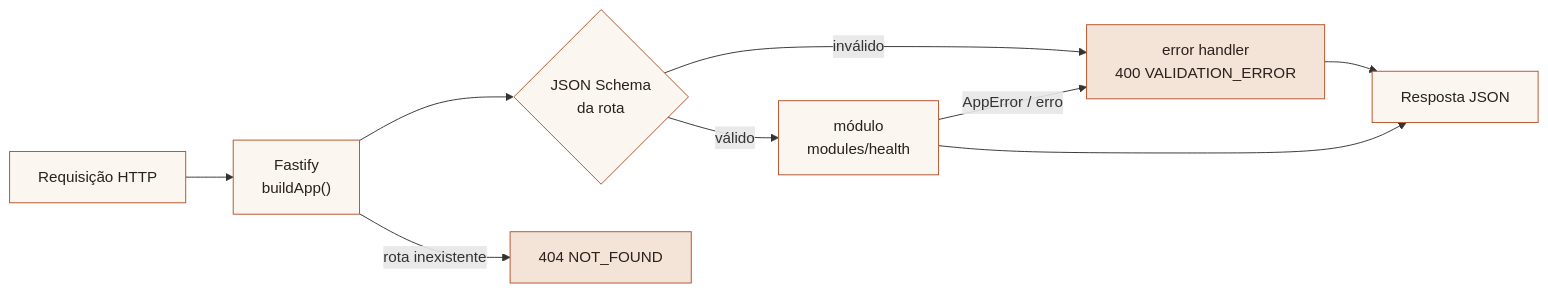
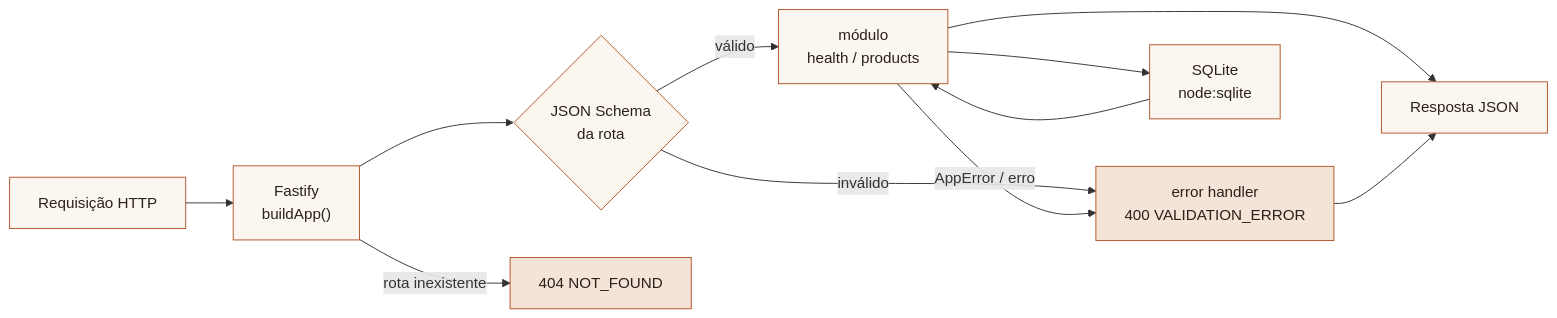
Before and after one commit to jeancarlosaps/dinna-api: the second of 2 diagrams in README.md, drawn with Mermaid. The commit also changed other lines of this file and 16 other files, not shown here.

First line of the commit message:
feat: contrato REST aceito e mock de products com SQLite

````diff
--- a/README.md
+++ b/README.md
@@ -103,15 +105,17 @@
 ```mermaid
 flowchart LR
   REQ["Requisição HTTP"] --> F["Fastify<br/>buildApp()"]
   F --> VAL{"JSON Schema<br/>da rota"}
   VAL -- "inválido" --> EH["error handler<br/>400 VALIDATION_ERROR"]
-  VAL -- "válido" --> MOD["módulo<br/>modules/health"]
+  VAL -- "válido" --> MOD["módulo<br/>health / products"]
   MOD -- "AppError / erro" --> EH
+  MOD --> DB["SQLite<br/>node:sqlite"]
+  DB --> MOD
   MOD --> RES["Resposta JSON"]
   EH --> RES
   F -- "rota inexistente" --> NF["404 NOT_FOUND"]
   classDef core fill:#FBF6F0,stroke:#B4532A,color:#2A211C
   classDef err fill:#F4E3D7,stroke:#B4532A,color:#2A211C
-  class REQ,F,VAL,MOD,RES core
+  class REQ,F,VAL,MOD,DB,RES core
   class EH,NF err
 ```
````
